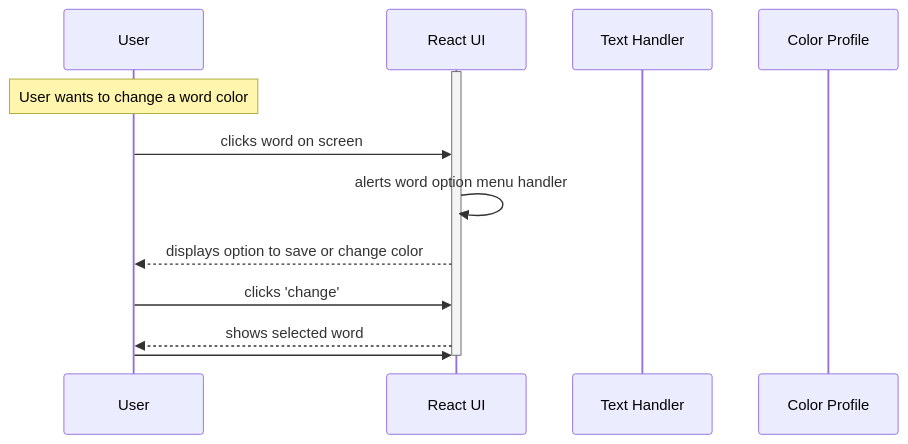
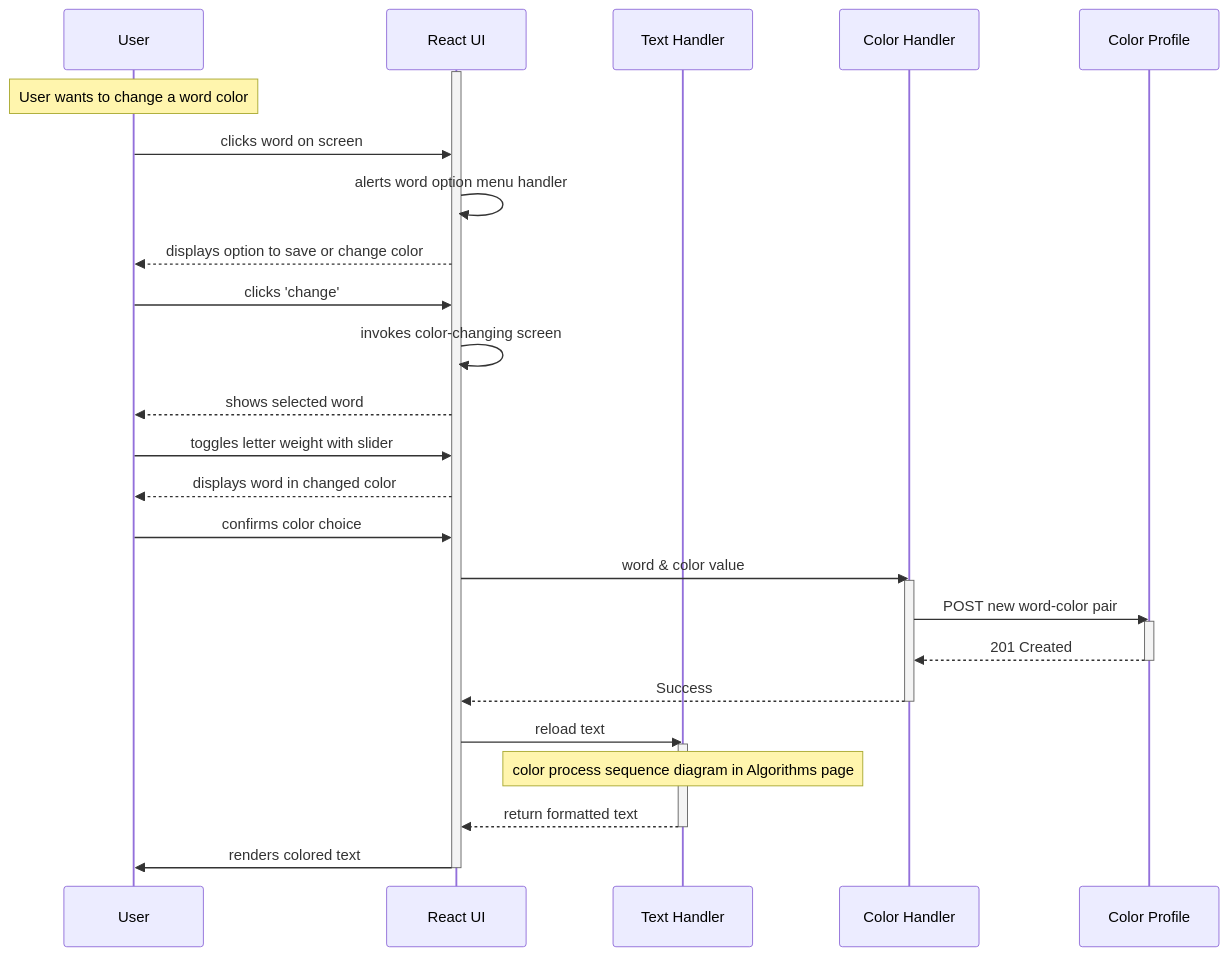
One commit to Capstone-Projects-2024-Spring/project-synesthesia-reading-app changed the diagram in documentation/docs/requirements/use-case-descriptions.md. Above: the diagram before and after it, drawn with Mermaid.

Commit message:
UC4 Sequence Diagram
- Use Case 4: User alters a word color
- sequence diagram created

````diff
--- a/documentation/docs/requirements/use-case-descriptions.md
+++ b/documentation/docs/requirements/use-case-descriptions.md
@@ -54,29 +54,47 @@
 ```mermaid
 sequenceDiagram
     participant User 
     participant React UI
     participant Text Handler
+    participant Color Handler
     participant Color Profile
 
 
     activate React UI
     Note over User: User wants to change a word color
     
     User->>React UI: clicks word on screen
         React UI->>React UI: alerts word option menu handler
         React UI-->>User: displays option to save or change color
 
     User->>React UI: clicks 'change'
+        React UI->>React UI: invokes color-changing screen
         React UI-->>User: shows selected word
-        User->>React UI: 
         
-
-    
-    
-    
+        User->>React UI: toggles letter weight with slider
+        React UI-->>User: displays word in changed color
+        
+        User->>React UI: confirms color choice
+        React UI->>Color Handler: word  & color value
+        activate Color Handler
+            Color Handler->>Color Profile: POST new word-color pair
+            activate Color Profile
+            Color Profile-->>Color Handler: 201 Created
+            deactivate Color Profile
+        Color Handler-->>React UI: Success
+        deactivate Color Handler
+        
+        React UI->>Text Handler: reload text
+        activate Text Handler
+        Note over Text Handler: color process sequence diagram in Algorithms page
+        Text Handler-->>React UI: return formatted text
+        deactivate Text Handler
+        
+        
+    React UI->>User: renders colored text
     
     deactivate React UI
 
         
 
 ```
````
